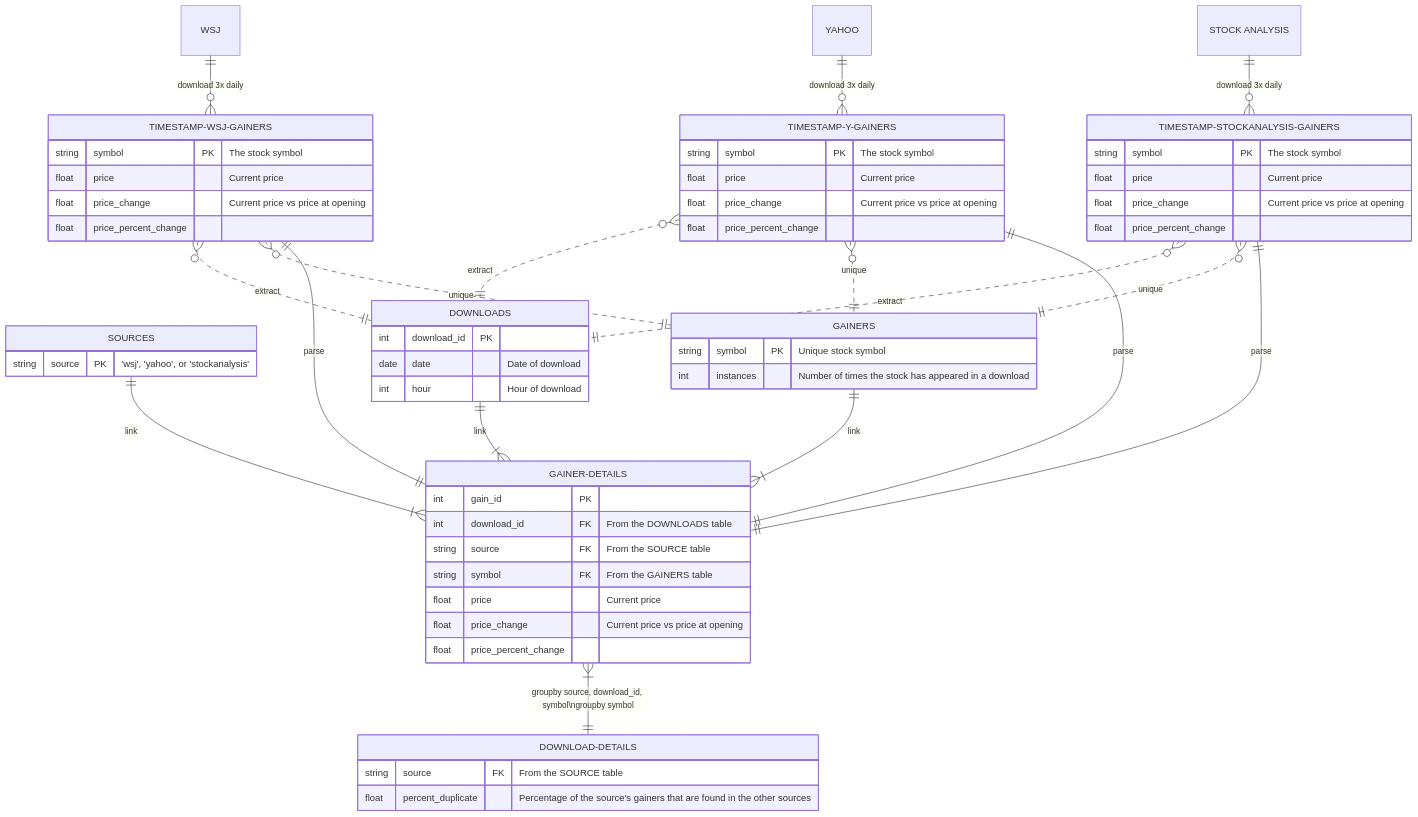
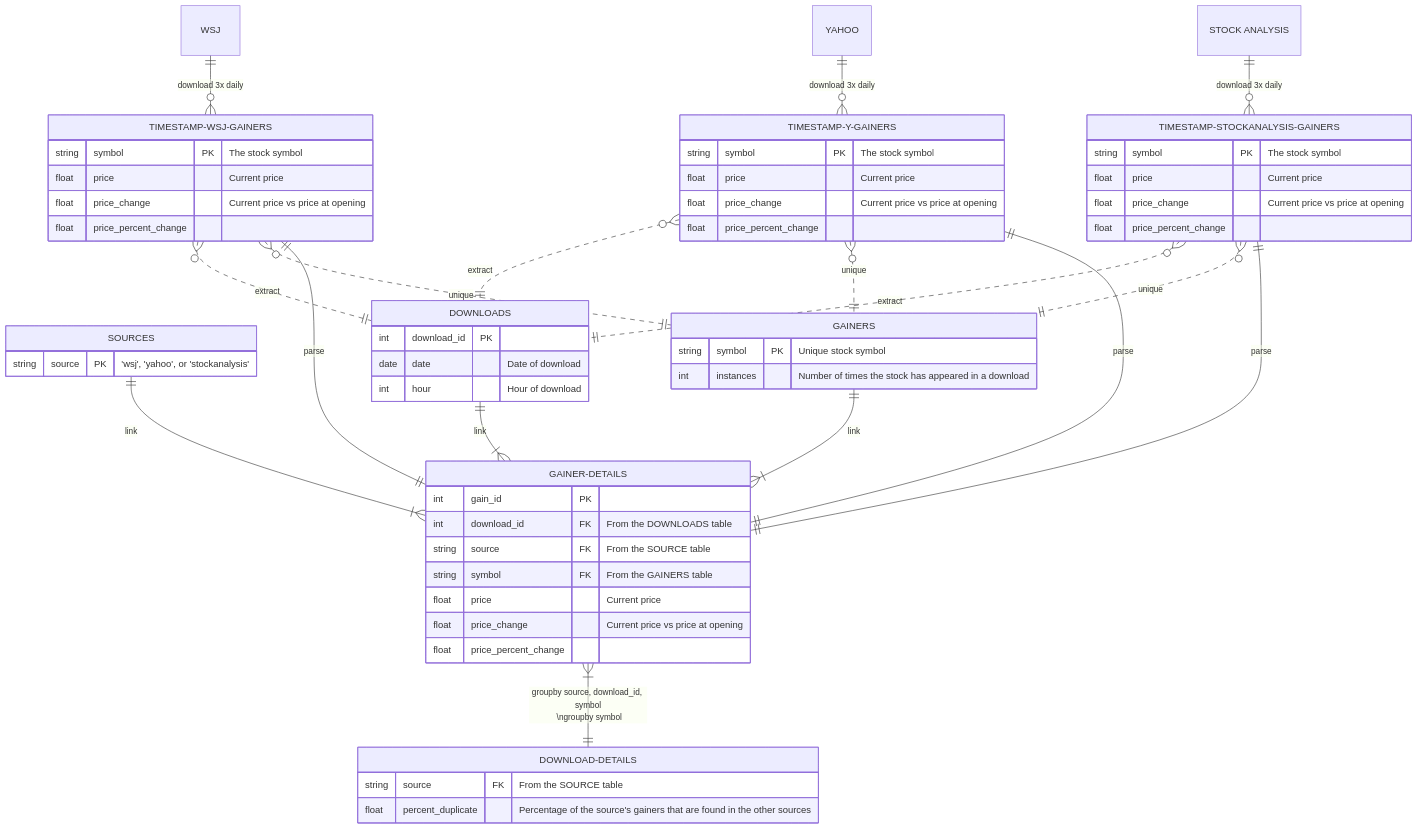
The diagram in ERD/ERD.md (KazBarker/SP25_DS5111_nrg6cb), drawn with Mermaid before and after one commit.

````diff
--- a/ERD/ERD.md
+++ b/ERD/ERD.md
@@ -2,71 +2,71 @@
 ```mermaid
 erDiagram
     WSJ only one to zero or more TIMESTAMP-WSJ-GAINERS : "download 3x daily"
     YAHOO only one to zero or more TIMESTAMP-Y-GAINERS : "download 3x daily"
     "STOCK ANALYSIS" only one to zero or more TIMESTAMP-STOCKANALYSIS-GAINERS : "download 3x daily"
     
     TIMESTAMP-WSJ-GAINERS {
         string symbol PK "The stock symbol"
         float price "Current price"
         float price_change "Current price vs price at opening"
         float price_percent_change
     }
     TIMESTAMP-Y-GAINERS {
         string symbol PK "The stock symbol"
         float price "Current price"
         float price_change "Current price vs price at opening"
         float price_percent_change
     }
     TIMESTAMP-STOCKANALYSIS-GAINERS {
         string symbol PK "The stock symbol"
         float price "Current price"
         float price_change "Current price vs price at opening"
         float price_percent_change
     }
 
     SOURCES {
         string source PK "'wsj', 'yahoo', or 'stockanalysis'"
     }
  
     TIMESTAMP-WSJ-GAINERS many optionally to only one DOWNLOADS : "extract"
     TIMESTAMP-Y-GAINERS many optionally to only one DOWNLOADS : "extract"
     TIMESTAMP-STOCKANALYSIS-GAINERS many optionally to only one DOWNLOADS : "extract"
 
     DOWNLOADS {
         int download_id PK
         date date "Date of download"
         int hour "Hour of download"
     }
 
     TIMESTAMP-WSJ-GAINERS many optionally to only one GAINERS : "unique"
     TIMESTAMP-Y-GAINERS many optionally to only one GAINERS : "unique"
     TIMESTAMP-STOCKANALYSIS-GAINERS many optionally to only one GAINERS : "unique"
 
     GAINERS {
         string symbol PK "Unique stock symbol"
         int instances "Number of times the stock has appeared in a download"
     }
     
     DOWNLOADS one to one or more GAINER-DETAILS : "link"
     SOURCES one to one or more GAINER-DETAILS : "link"
     GAINERS one to one or more GAINER-DETAILS : "link"
     TIMESTAMP-WSJ-GAINERS one to one GAINER-DETAILS : "parse"
     TIMESTAMP-Y-GAINERS one to one GAINER-DETAILS : "parse"
     TIMESTAMP-STOCKANALYSIS-GAINERS one to one GAINER-DETAILS : "parse"
 
     GAINER-DETAILS {
         int gain_id PK
         int download_id FK "From the DOWNLOADS table"
         string source FK "From the SOURCE table"
         string symbol FK "From the GAINERS table"
         float price "Current price"
         float price_change "Current price vs price at opening"
         float price_percent_change
     }
 
-    GAINER-DETAILS one or more to one DOWNLOAD-DETAILS : "groupby source, download_id, symbol\ngroupby symbol"
+    GAINER-DETAILS one or more to one DOWNLOAD-DETAILS : "groupby source, download_id, symbol<br>&nbsp;\ngroupby symbol"
     DOWNLOAD-DETAILS {
         string source FK "From the SOURCE table"
         float percent_duplicate "Percentage of the source's gainers that are found in the other sources"
     }
 ```
````
